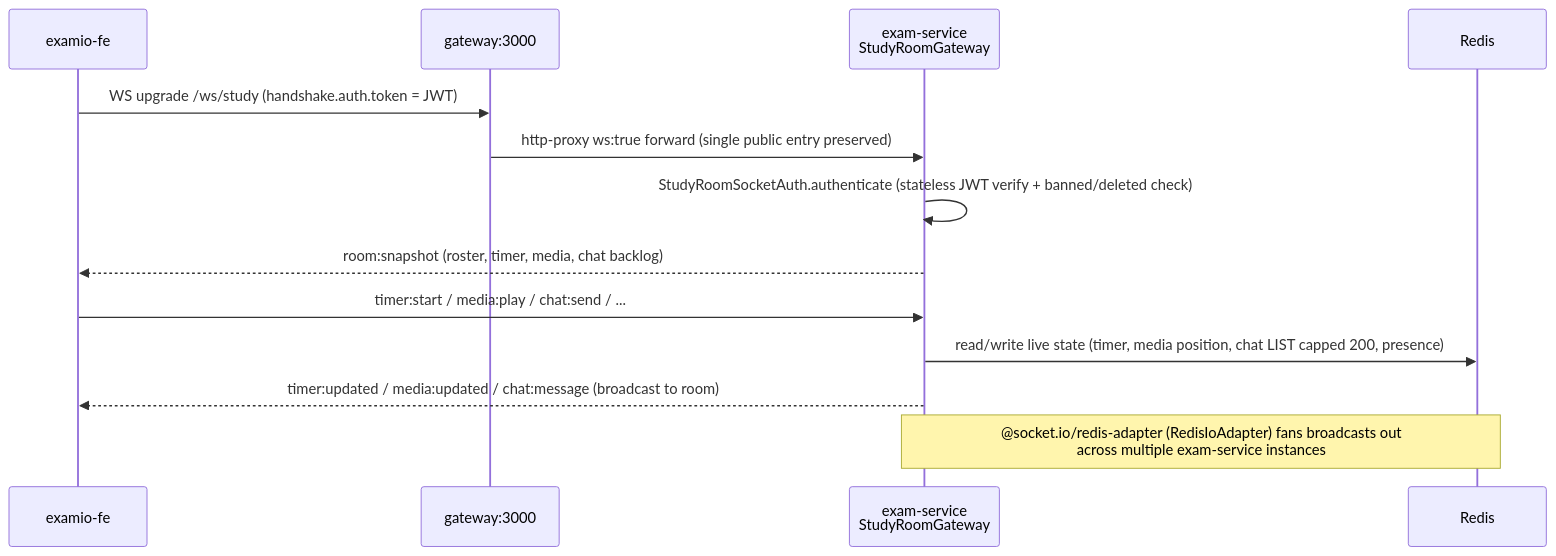
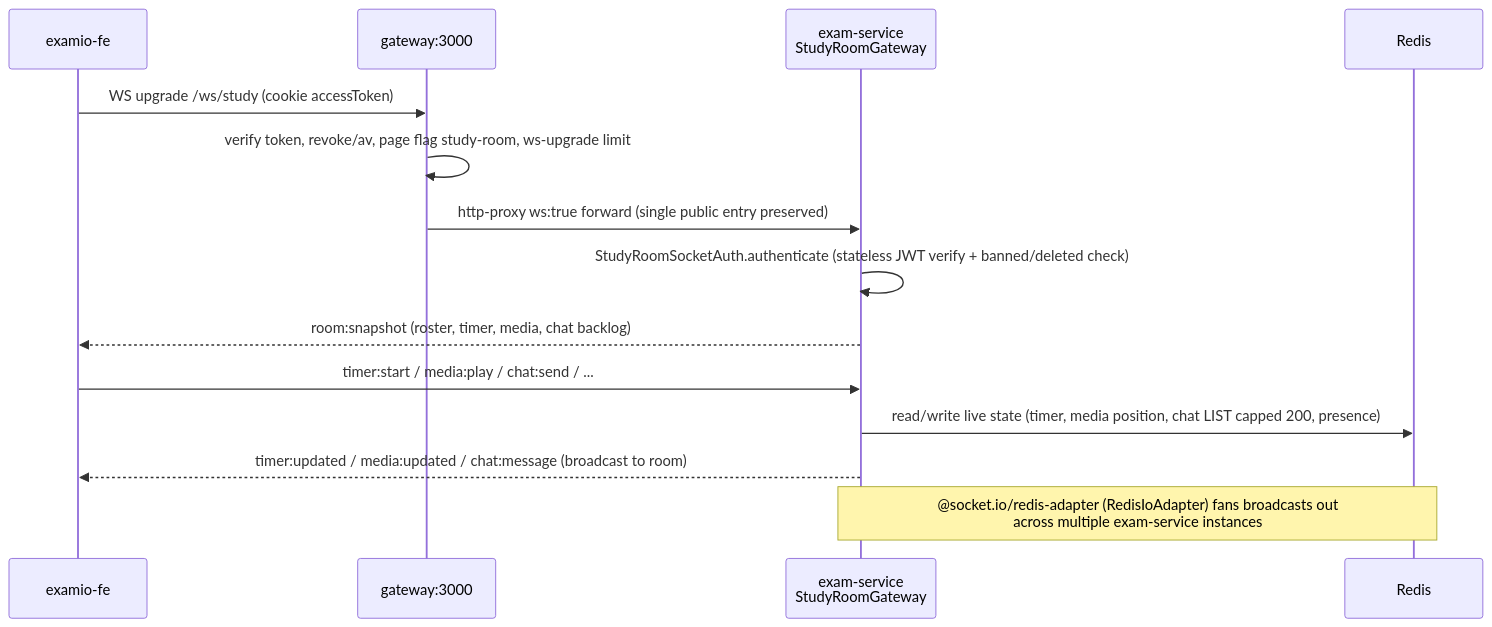
The sixth of 9 diagrams in docs/system/architecture.md (tgiap04/examio), drawn with Mermaid before and after one commit. The commit also changed other lines of this file and 8 other files, not shown here.

````diff
--- a/docs/system/architecture.md
+++ b/docs/system/architecture.md
@@ -194,15 +236,16 @@
 ```mermaid
 sequenceDiagram
     participant FE as examio-fe
     participant GW as gateway:3000
     participant EX as exam-service<br/>StudyRoomGateway
     participant R as Redis
-    FE->>GW: WS upgrade /ws/study (handshake.auth.token = JWT)
+    FE->>GW: WS upgrade /ws/study (cookie accessToken)
+    GW->>GW: verify token, revoke/av, page flag study-room, ws-upgrade limit
     GW->>EX: http-proxy ws:true forward (single public entry preserved)
     EX->>EX: StudyRoomSocketAuth.authenticate (stateless JWT verify + banned/deleted check)
     EX-->>FE: room:snapshot (roster, timer, media, chat backlog)
     FE->>EX: timer:start / media:play / chat:send / ...
     EX->>R: read/write live state (timer, media position, chat LIST capped 200, presence)
     EX-->>FE: timer:updated / media:updated / chat:message (broadcast to room)
     Note over EX,R: @socket.io/redis-adapter (RedisIoAdapter) fans broadcasts out<br/>across multiple exam-service instances
 ```
````
